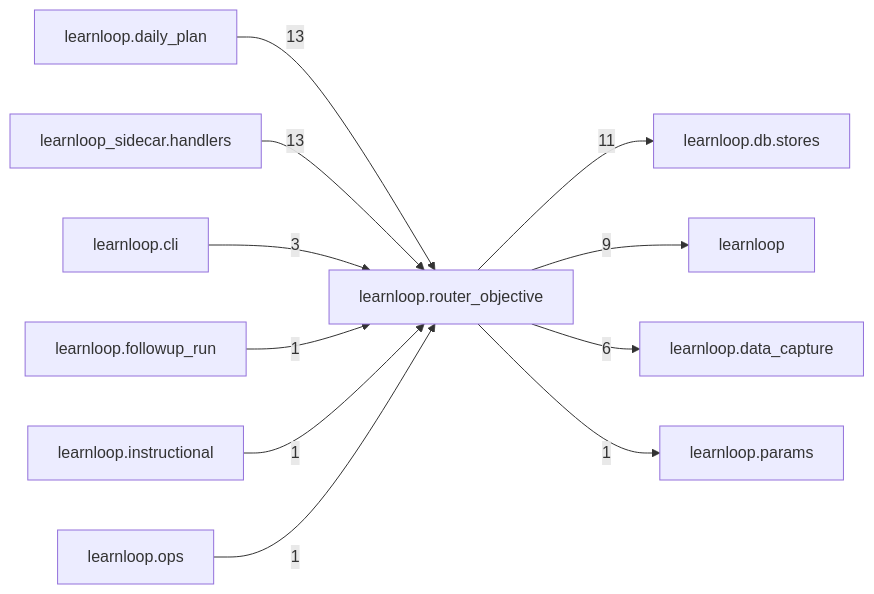
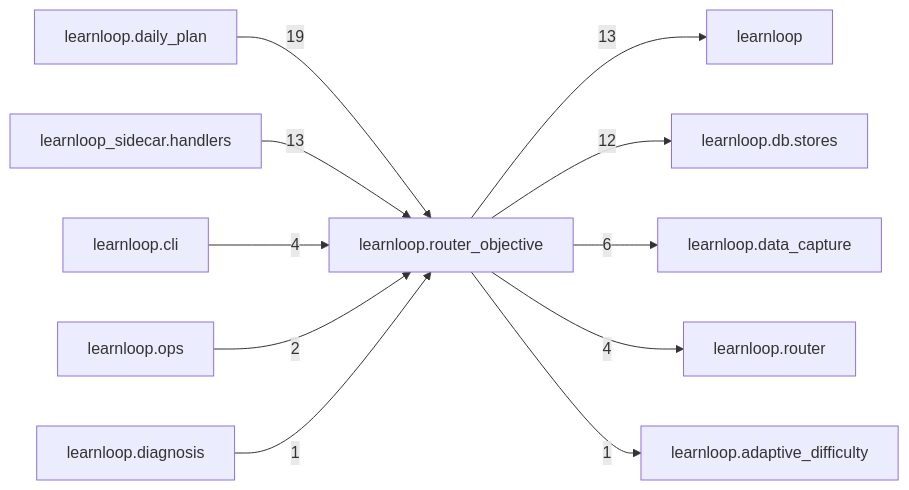
One commit to 6up-b/learnanything changed the diagram in docs/learnloop-architecture-vault/Reference/Modules/learnloop/router_objective/_package.md. Above: the diagram before and after it, drawn with Mermaid. The commit also changed other lines of this file and 550 other files, not shown here.

````diff
--- a/docs/learnloop-architecture-vault/Reference/Modules/learnloop/router_objective/_package.md
+++ b/docs/learnloop-architecture-vault/Reference/Modules/learnloop/router_objective/_package.md
@@ -111,24 +127,24 @@
 ```mermaid
 flowchart LR
     center["learnloop.router_objective"]
     n_learnloop_daily_plan["learnloop.daily_plan"]
+    n_learnloop["learnloop"]
     n_learnloop_sidecar_handlers["learnloop_sidecar.handlers"]
     n_learnloop_db_stores["learnloop.db.stores"]
-    n_learnloop["learnloop"]
     n_learnloop_data_capture["learnloop.data_capture"]
     n_learnloop_cli["learnloop.cli"]
-    n_learnloop_followup_run["learnloop.followup_run"]
-    n_learnloop_instructional["learnloop.instructional"]
+    n_learnloop_router["learnloop.router"]
     n_learnloop_ops["learnloop.ops"]
-    n_learnloop_params["learnloop.params"]
-    n_learnloop_daily_plan -->|13| center
+    n_learnloop_adaptive_difficulty["learnloop.adaptive_difficulty"]
+    n_learnloop_diagnosis["learnloop.diagnosis"]
+    n_learnloop_daily_plan -->|19| center
+    center -->|13| n_learnloop
     n_learnloop_sidecar_handlers -->|13| center
-    center -->|11| n_learnloop_db_stores
-    center -->|9| n_learnloop
+    center -->|12| n_learnloop_db_stores
     center -->|6| n_learnloop_data_capture
-    n_learnloop_cli -->|3| center
-    n_learnloop_followup_run -->|1| center
-    n_learnloop_instructional -->|1| center
-    n_learnloop_ops -->|1| center
-    center -->|1| n_learnloop_params
+    n_learnloop_cli -->|4| center
+    center -->|4| n_learnloop_router
+    n_learnloop_ops -->|2| center
+    center -->|1| n_learnloop_adaptive_difficulty
+    n_learnloop_diagnosis -->|1| center
 ```
````
